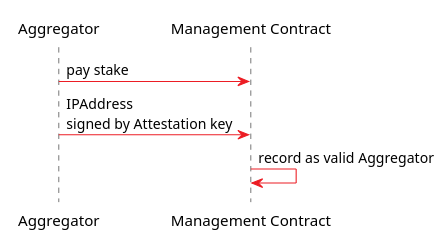
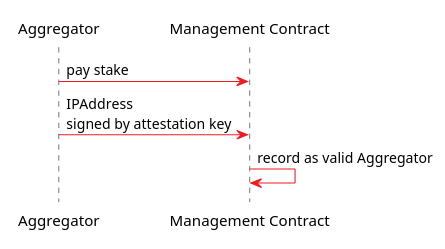
Before and after one commit to ten-protocol/ten-whitepaper: the diagram in interaction-uml/aggregator-stake.plantuml, drawn with PlantUML. The commit also changed 23 other files, not shown here.

```diff
--- a/interaction-uml/aggregator-stake.plantuml
+++ b/interaction-uml/aggregator-stake.plantuml
@@ -1,26 +1,26 @@
 @startuml
 !pragma teoz true
 skinparam monochrome false
 skinparam roundcorner 15
 skinparam shadowing false
 skinparam sequence{
   ArrowColor #EC1D24
   ParticipantBackgroundColor White
   ParticipantBorderColor White
   NoteBackgroundColor White
   NoteBorderColor Black
   ActorBorderColor Black
   ActorBackgroundColor White
   LifeLineBorderColor Black
 }
 skinparam note{
   BorderColor Black
   BackgroundColor White
 }
 
 participant A0 as "Aggregator"
 participant KMS as "Management Contract"
 A0 -> KMS: pay stake
-A0 -> KMS: IPAddress\nsigned by Attestation key
+A0 -> KMS: IPAddress\nsigned by attestation key
 KMS -> KMS: record as valid Aggregator
 @enduml
```
